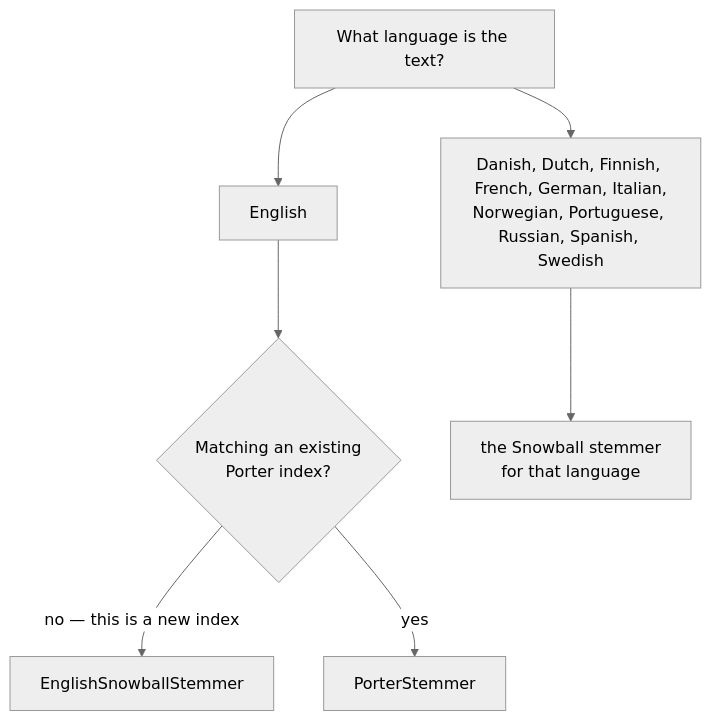
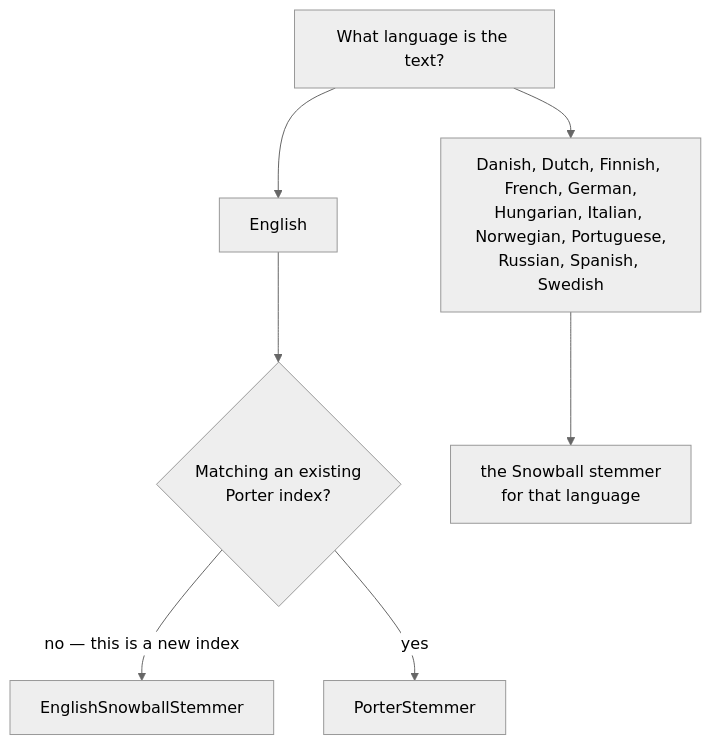
The diagram in docs/reference/text/stemming.md (CyrilB1531/lodestar), drawn with Mermaid (neutral theme) before and after one commit. The commit also changed other lines of this file and 16 other files, not shown here.

````diff
--- a/docs/reference/text/stemming.md
+++ b/docs/reference/text/stemming.md
@@ -12,9 +12,9 @@
 ```mermaid
 flowchart TD
     A["What language is the text?"] --> B["English"]
-    A --> C["Danish, Dutch, Finnish, French, German, Italian,<br/>Norwegian, Portuguese, Russian, Spanish, Swedish"]
+    A --> C["Danish, Dutch, Finnish, French, German,<br/>Hungarian, Italian, Norwegian, Portuguese,<br/>Russian, Spanish, Swedish"]
     B --> D{"Matching an existing<br/>Porter index?"}
     D -->|"no — this is a new index"| E["EnglishSnowballStemmer"]
     D -->|"yes"| F["PorterStemmer"]
     C --> G["the Snowball stemmer<br/>for that language"]
 ```
````
